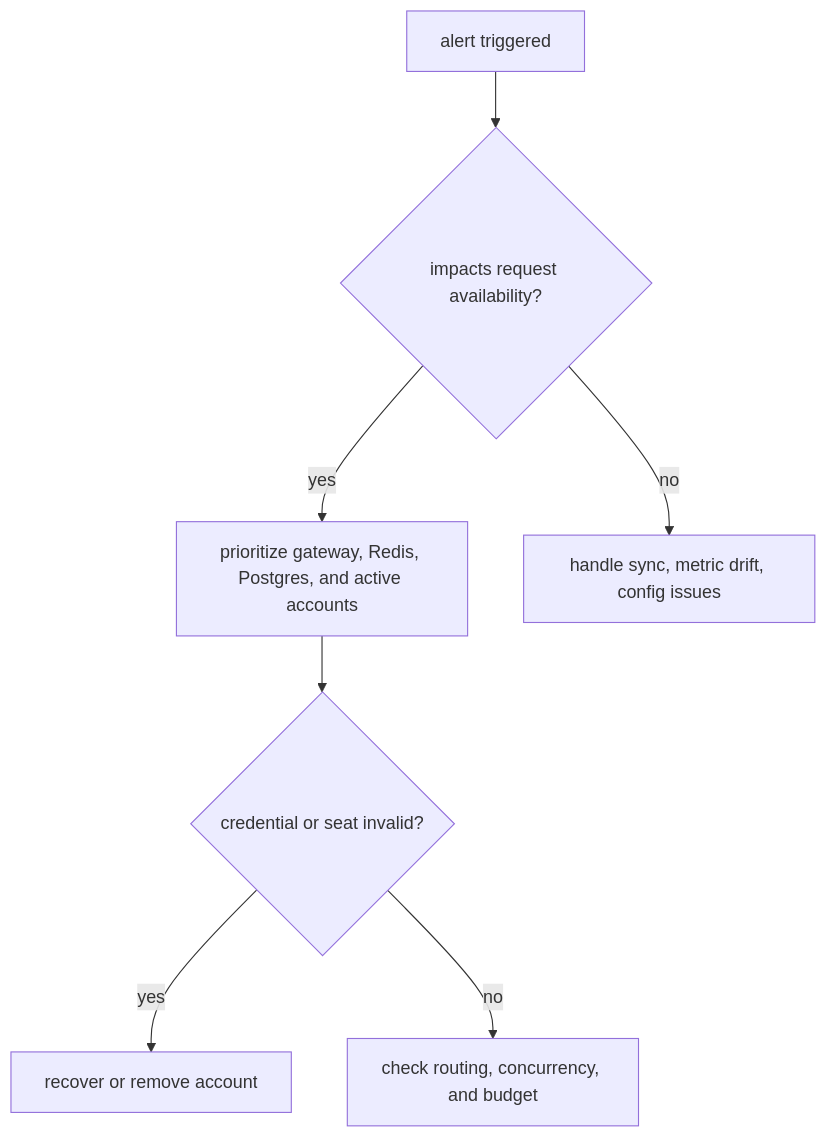
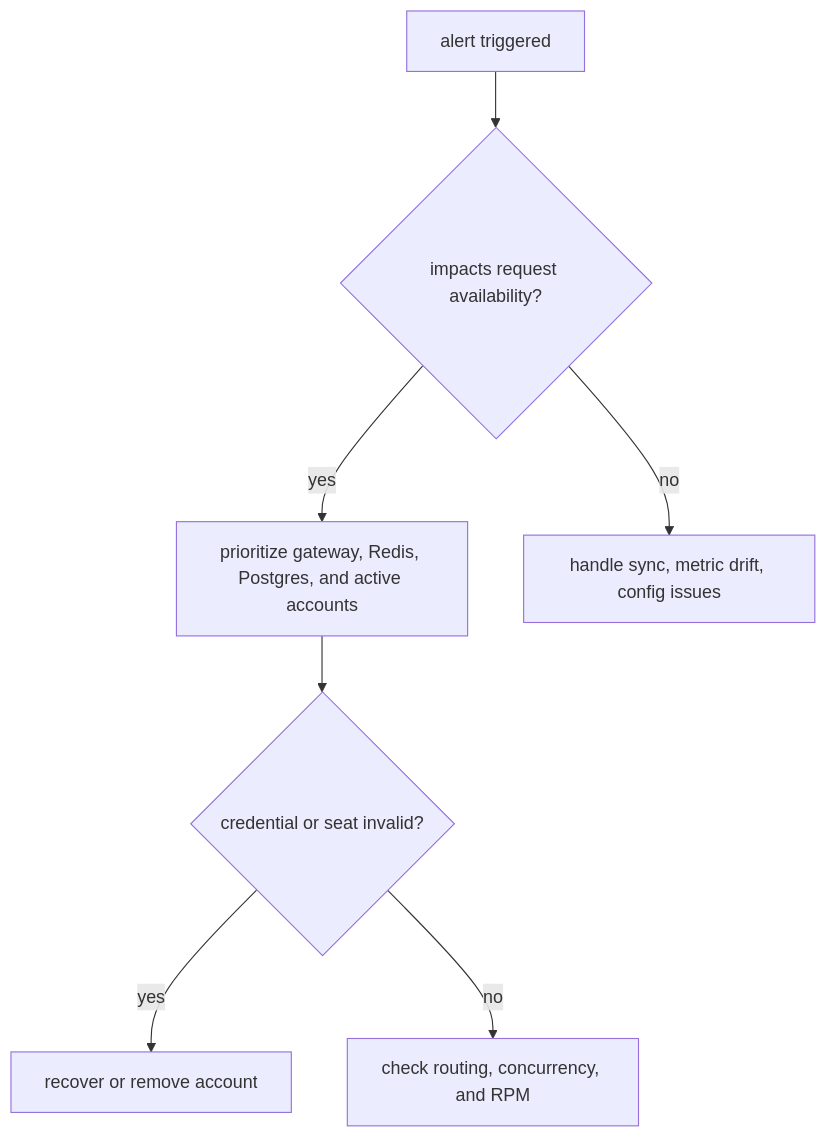
One commit to pczhao1210/ghcp-pool-proxy changed the eighth of 9 diagrams in docs/operations.en.md. Above: the diagram before and after it, drawn with Mermaid. The commit also changed other lines of this file and 34 other files, not shown here.

First line of the commit message:
Publish runtime release 2026.09.12.1 (schema 21)

````diff
--- a/docs/operations.en.md
+++ b/docs/operations.en.md
@@ -592,9 +596,9 @@
 ```mermaid
 flowchart TD
   A["alert triggered"] --> B{"impacts request availability?"}
   B -->|"yes"| C["prioritize gateway, Redis, Postgres, and active accounts"]
   B -->|"no"| D["handle sync, metric drift, config issues"]
   C --> E{"credential or seat invalid?"}
   E -->|"yes"| F["recover or remove account"]
-  E -->|"no"| G["check routing, concurrency, and budget"]
+  E -->|"no"| G["check routing, concurrency, and RPM"]
 ```
````
